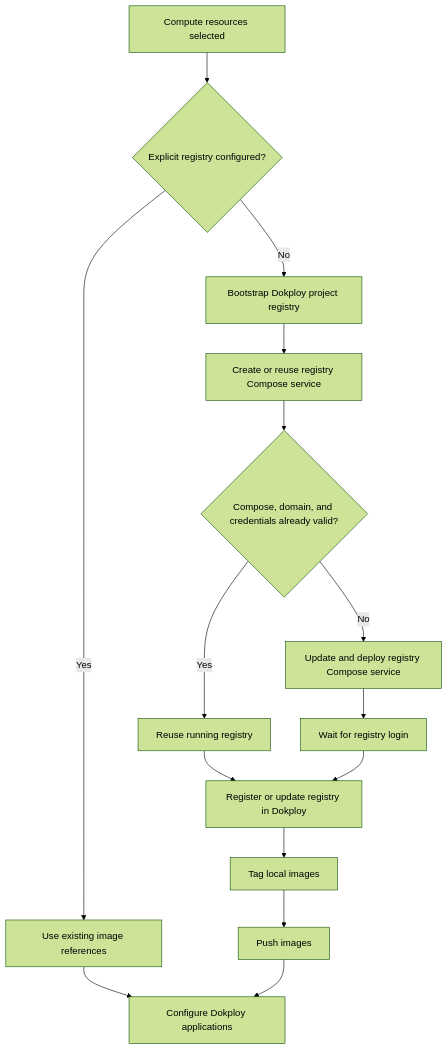
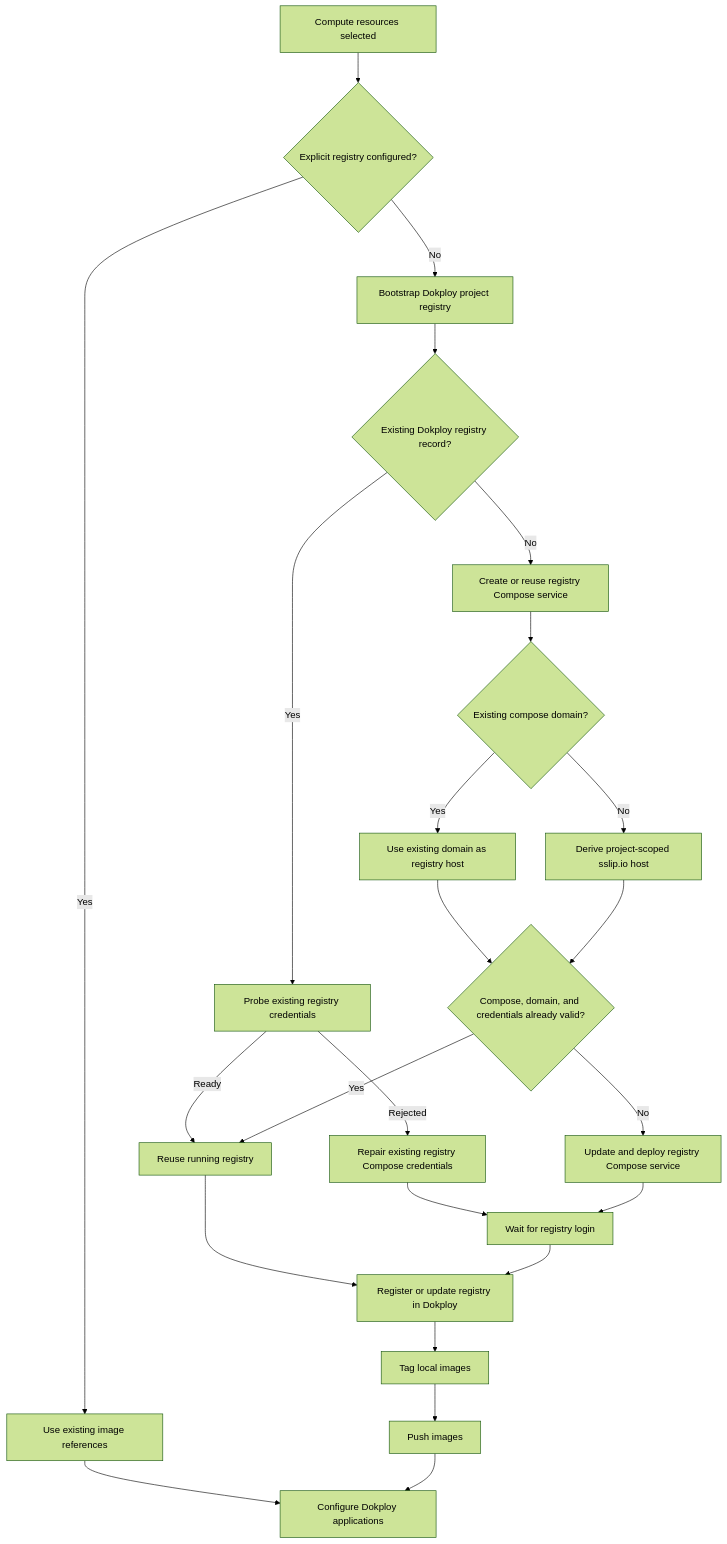
One commit to jomaxso/sorvia-aspire changed the eighth of 15 diagrams in docs/dokploy-deployment-architecture.md. Above: the diagram before and after it, drawn with Mermaid (forest theme). The commit also changed other lines of this file and 6 other files, not shown here.

````diff
--- a/docs/dokploy-deployment-architecture.md
+++ b/docs/dokploy-deployment-architecture.md
@@ -248,17 +288,26 @@
 ```mermaid
 flowchart TD
     A["Compute resources selected"] --> B{"Explicit registry configured?"}
     B -->|Yes| C["Use existing image references"]
     B -->|No| D["Bootstrap Dokploy project registry"]
-    D --> E["Create or reuse registry Compose service"]
-    E --> F{"Compose, domain, and credentials already valid?"}
+    D --> D2{"Existing Dokploy registry record?"}
+    D2 -->|Yes| D3["Probe existing registry credentials"]
+    D3 -->|Ready| H["Reuse existing registry"]
+    D3 -->|Rejected| D4["Repair existing registry Compose credentials"]
+    D4 --> I["Wait for registry login"]
+    D2 -->|No| E["Create or reuse registry Compose service"]
+    E --> E2{"Existing compose domain?"}
+    E2 -->|Yes| E3["Use existing domain as registry host"]
+    E2 -->|No| E4["Derive project-scoped sslip.io host"]
+    E3 --> F{"Compose, domain, and credentials already valid?"}
+    E4 --> F
     F -->|Yes| H["Reuse running registry"]
     F -->|No| G["Update and deploy registry Compose service"]
     G --> I["Wait for registry login"]
     H --> J["Register or update registry in Dokploy"]
     I --> J
     J --> K["Tag local images"]
     K --> L["Push images"]
     C --> M["Configure Dokploy applications"]
     L --> M
 ```
````
